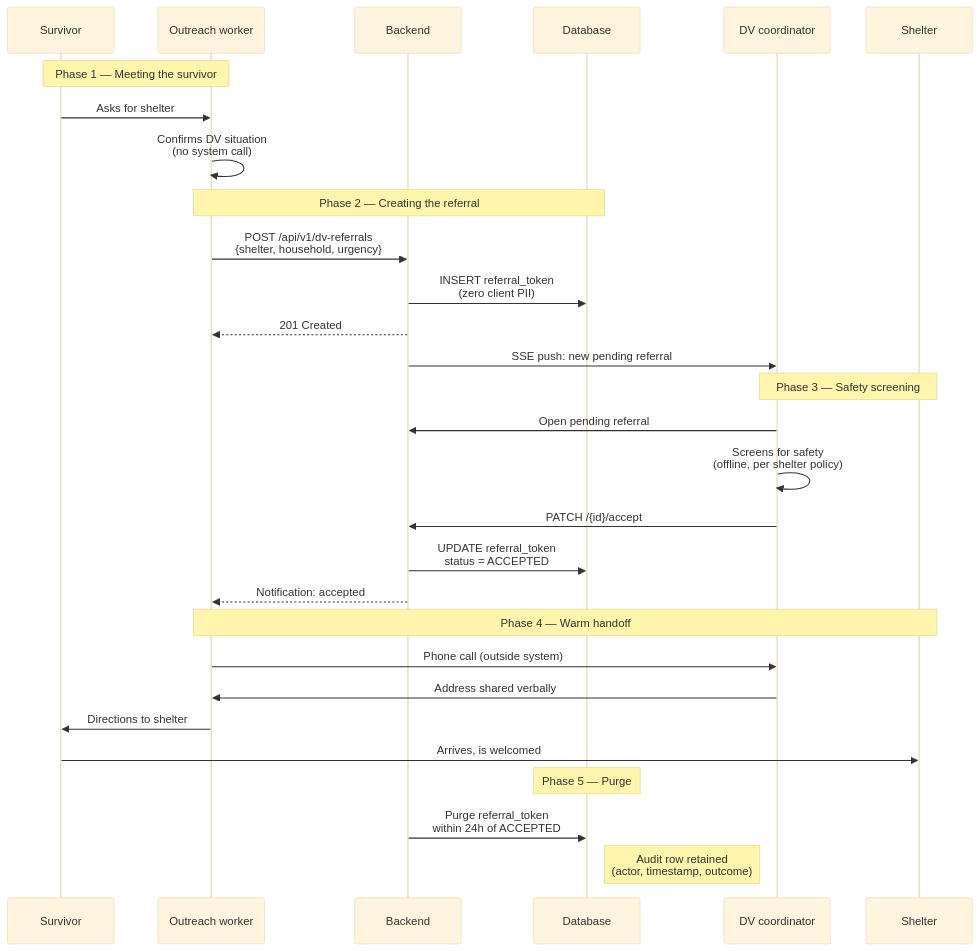
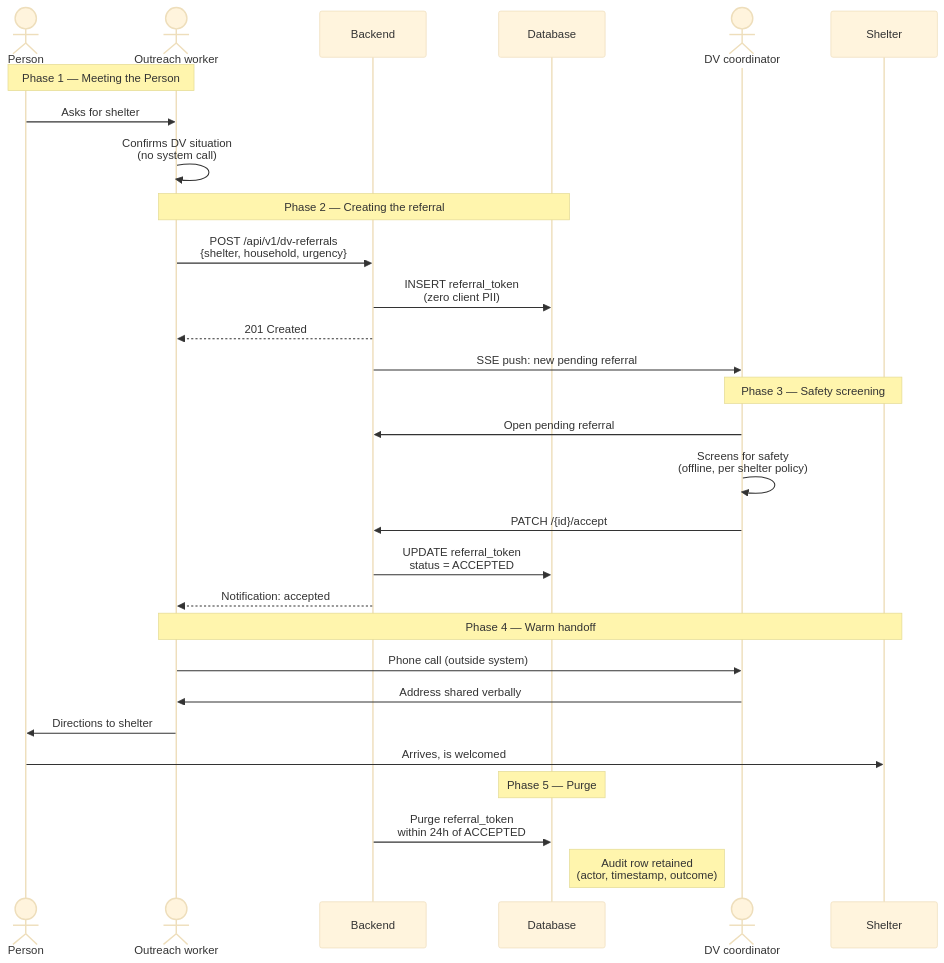
Before and after one commit to ccradle/finding-a-bed-tonight: the second of 2 diagrams in docs/business-processes/dv-referral-end-to-end.md, drawn with Mermaid (base theme). The commit also changed other lines of this file and 1 other file, not shown here.

````diff
--- a/docs/business-processes/dv-referral-end-to-end.md
+++ b/docs/business-processes/dv-referral-end-to-end.md
@@ -52,41 +81,42 @@
 ```mermaid
 %% DV referral end-to-end sequence — happy path only.
 %% Stall path (escalation) is covered in dv-referral-escalation.md.
-%% The three shaded phases map to the three time windows:
-%% creation is immediate, screening is minutes-to-hours,
-%% arrival is hours, purge is within 24h of completion.
+%% Humans are drawn as stick figures (actor); systems and
+%% locations as rectangles (participant). The Person never
+%% talks to the system directly — the outreach worker is
+%% the interface on the Person's behalf.
 sequenceDiagram
-  participant S as Survivor
-  participant OW as Outreach worker
+  actor P as Person
+  actor OW as Outreach worker
   participant BE as Backend
   participant DB as Database
-  participant Coord as DV coordinator
+  actor Coord as DV coordinator
   participant Shelter as Shelter
 
-  Note over S,OW: Phase 1 — Meeting the survivor
-  S->>OW: Asks for shelter
+  Note over P,OW: Phase 1 — Meeting the Person
+  P->>OW: Asks for shelter
   OW->>OW: Confirms DV situation<br/>(no system call)
 
   Note over OW,DB: Phase 2 — Creating the referral
   OW->>BE: POST /api/v1/dv-referrals<br/>{shelter, household, urgency}
   BE->>DB: INSERT referral_token<br/>(zero client PII)
   BE-->>OW: 201 Created
   BE->>Coord: SSE push: new pending referral
 
   Note over Coord,Shelter: Phase 3 — Safety screening
   Coord->>BE: Open pending referral
   Coord->>Coord: Screens for safety<br/>(offline, per shelter policy)
   Coord->>BE: PATCH /{id}/accept
   BE->>DB: UPDATE referral_token<br/>status = ACCEPTED
   BE-->>OW: Notification: accepted
 
   Note over OW,Shelter: Phase 4 — Warm handoff
   OW->>Coord: Phone call (outside system)
   Coord->>OW: Address shared verbally
-  OW->>S: Directions to shelter
-  S->>Shelter: Arrives, is welcomed
+  OW->>P: Directions to shelter
+  P->>Shelter: Arrives, is welcomed
 
   Note over DB: Phase 5 — Purge
   BE->>DB: Purge referral_token<br/>within 24h of ACCEPTED
   Note right of DB: Audit row retained<br/>(actor, timestamp, outcome)
 ```
````
